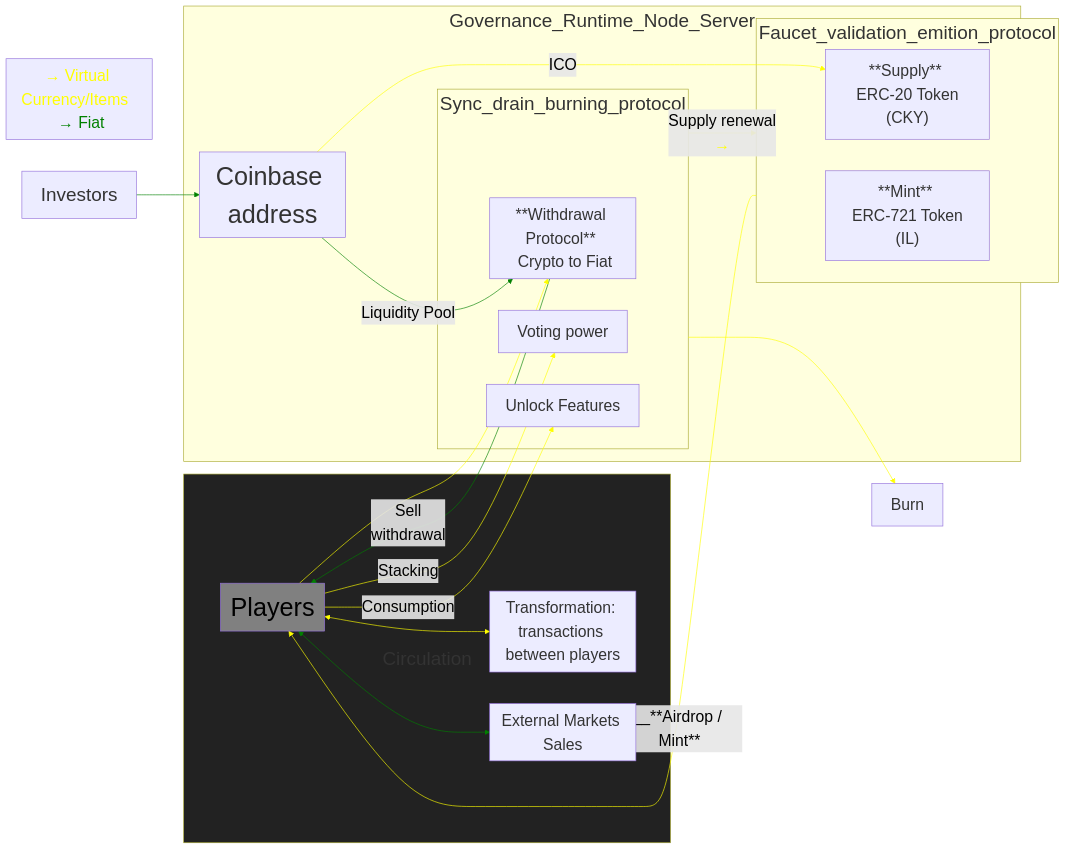
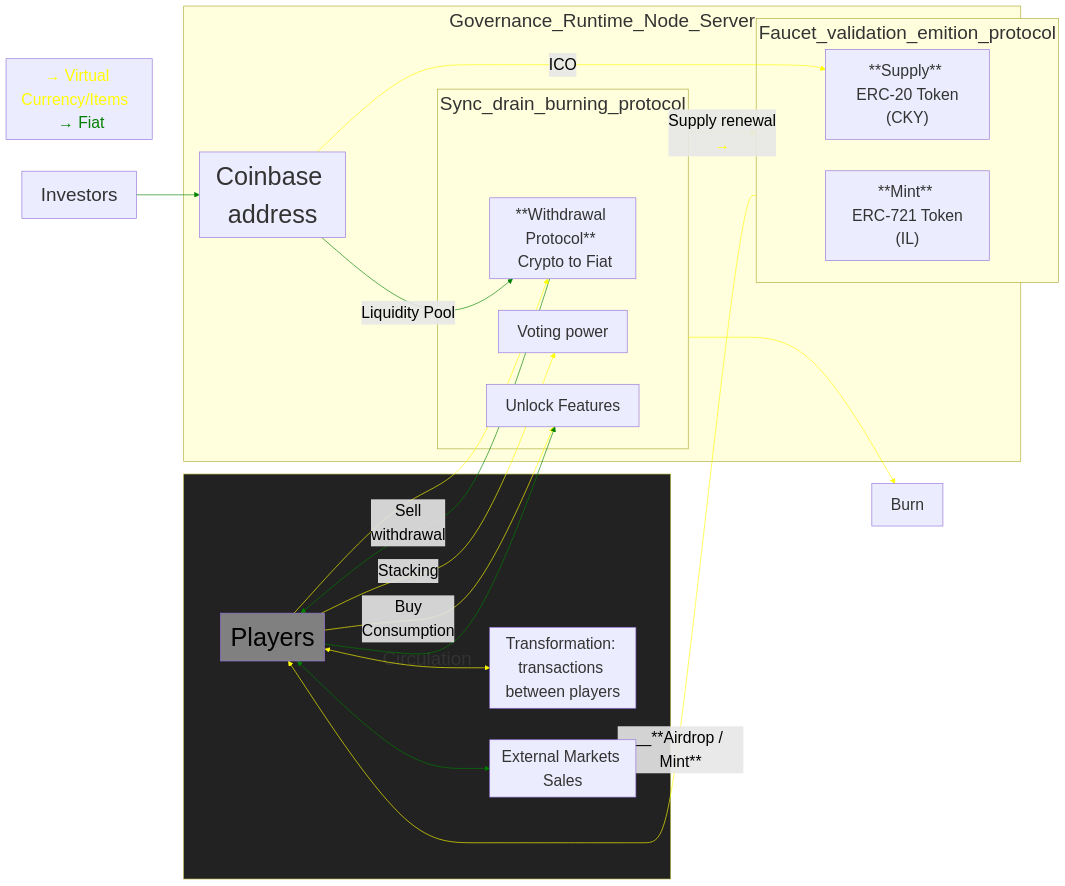
One commit to underpostnet/engine changed the diagram in hardhat/white-paper.md. Above: the diagram before and after it, drawn with Mermaid.

Commit message:
update white-paper

```diff
--- a/hardhat/white-paper.md
+++ b/hardhat/white-paper.md
@@ -457,7 +457,7 @@
 Investors --> Coinbase
 Faucet --> |__**Airdrop / Mint**|Players
 Players --> |Stacking|Stacking
-Players --> |Consumption|Unlock-Features
+Players --> |Buy <br> Consumption|Unlock-Features
 Players <--> Black-Market-Sales
 Players <--> Transformation
 Sync --> Burn
@@ -466,7 +466,7 @@
 Players-->Withdrawal
 Coinbase-->|Liquidity Pool|Withdrawal
 Sync-->|Supply renewal  <br>  <span style='color: yellow'>&rarr;</span>|Faucet
-
+Players-->Unlock-Features
 
 
 %% style Governance-Runtime padding:40px,margin:40px,stroke:#333,stroke-width:4pxline-height:60px
@@ -483,6 +483,7 @@
 linkStyle 9 font-size: 25px, color: black, back: white,stroke: yellow;
 linkStyle 10 font-size: 25px, color: black, back: white,stroke: green;
 linkStyle 11 font-size: 25px, color: black, back: white,stroke: yellow;
+linkStyle 12 font-size: 25px, color: black, back: white,stroke: green;
 
 classDef H1 font-size: 40px, pxline-height:10px;
 classDef H2 font-size: 30px;
```
